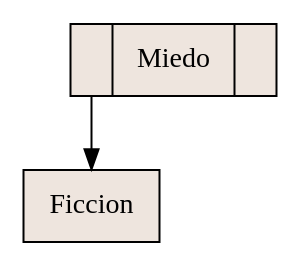
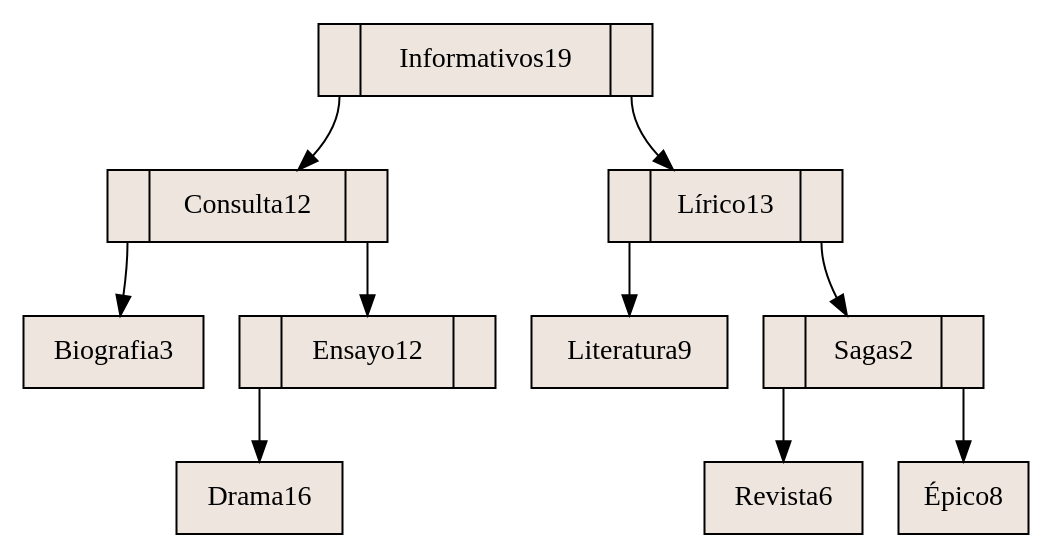
One commit to RoberttHernan/EDD_1S2020_PY2_201700870 changed the diagram in Proyecto2_EDD/graficas/Avl_grafico.dot. Above: the diagram before and after it, drawn with Graphviz. The commit also changed 21 other files, not shown here.

```diff
--- a/Proyecto2_EDD/graficas/Avl_grafico.dot
+++ b/Proyecto2_EDD/graficas/Avl_grafico.dot
@@ -1,7 +1,23 @@
 digraph grafica{
 rankdir=TB;
 node [shape = record, style=filled, fillcolor=seashell2];
-nodo1311053135 [ label ="<C0>|Miedo|<C1>"];
-nodo118352462 [ label ="Ficcion"];
-nodo1311053135:C0->nodo118352462
+nodo2 [ label ="<C0>|Informativos19|<C1>"];
+nodo1 [ label ="<C0>|Consulta12|<C1>"];
+nodo3 [ label ="Biografia3"];
+nodo1:C0->nodo3
+nodo5 [ label ="<C0>|Ensayo12|<C1>"];
+nodo8 [ label ="Drama16"];
+nodo5:C0->nodo8
+nodo1:C1->nodo5
+nodo2:C0->nodo1
+nodo6 [ label ="<C0>|Lírico13|<C1>"];
+nodo4 [ label ="Literatura9"];
+nodo6:C0->nodo4
+nodo10 [ label ="<C0>|Sagas2|<C1>"];
+nodo9 [ label ="Revista6"];
+nodo10:C0->nodo9
+nodo7 [ label ="Épico8"];
+nodo10:C1->nodo7
+nodo6:C1->nodo10
+nodo2:C1->nodo6
 }
```
